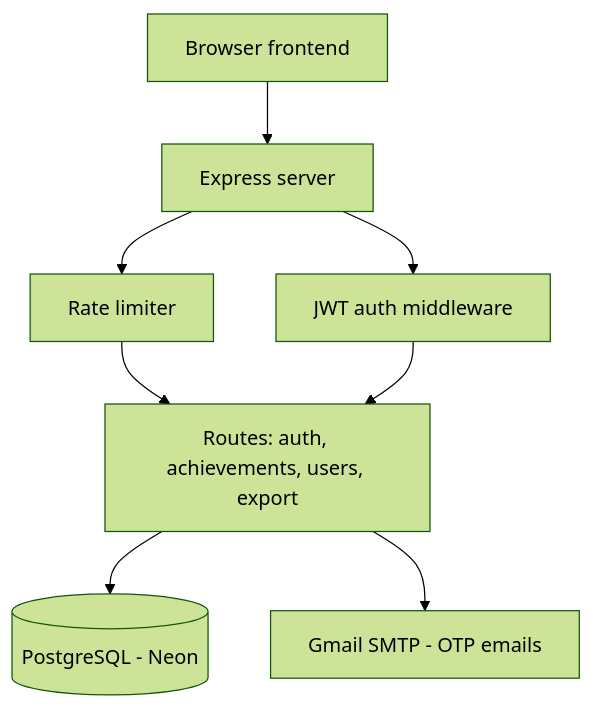
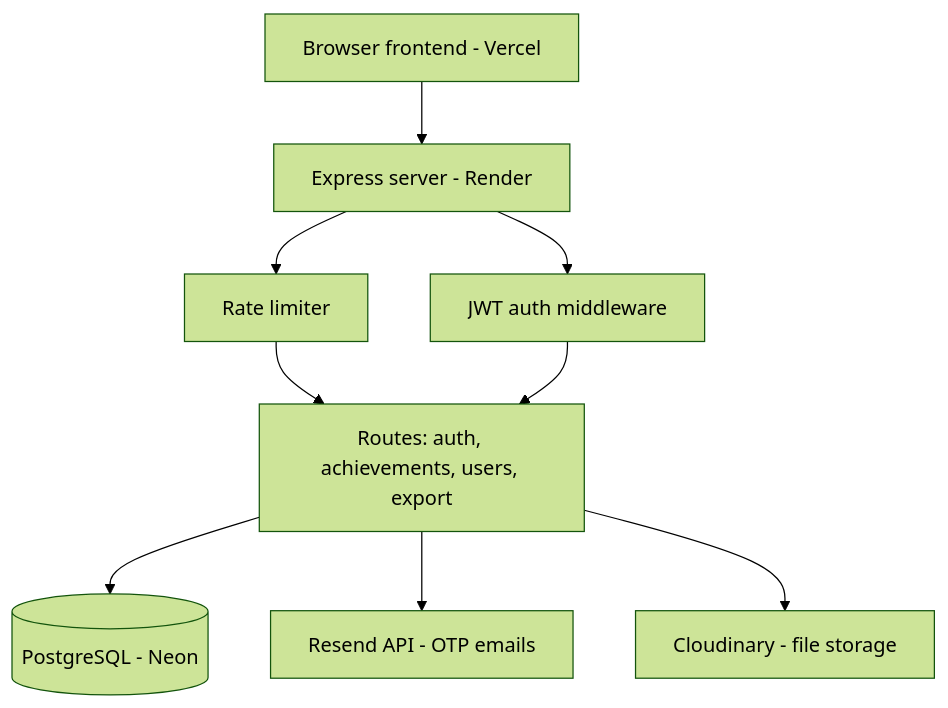
The diagram in README.md (vaishnaviiii96/achievements-portal), drawn with Mermaid (forest theme) before and after one commit. The commit also changed other lines of this file, not shown here.

````diff
--- a/README.md
+++ b/README.md
@@ -25,10 +25,11 @@
 ```mermaid
 flowchart TD
-    A[Browser frontend] --> B[Express server]
+    A[Browser frontend - Vercel] --> B[Express server - Render]
     B --> C[Rate limiter]
     B --> D[JWT auth middleware]
     C --> E[Routes: auth, achievements, users, export]
     D --> E
     E --> F[(PostgreSQL - Neon)]
-    E --> G[Gmail SMTP - OTP emails]
+    E --> G[Resend API - OTP emails]
+    E --> H[Cloudinary - file storage]
 ```
````
